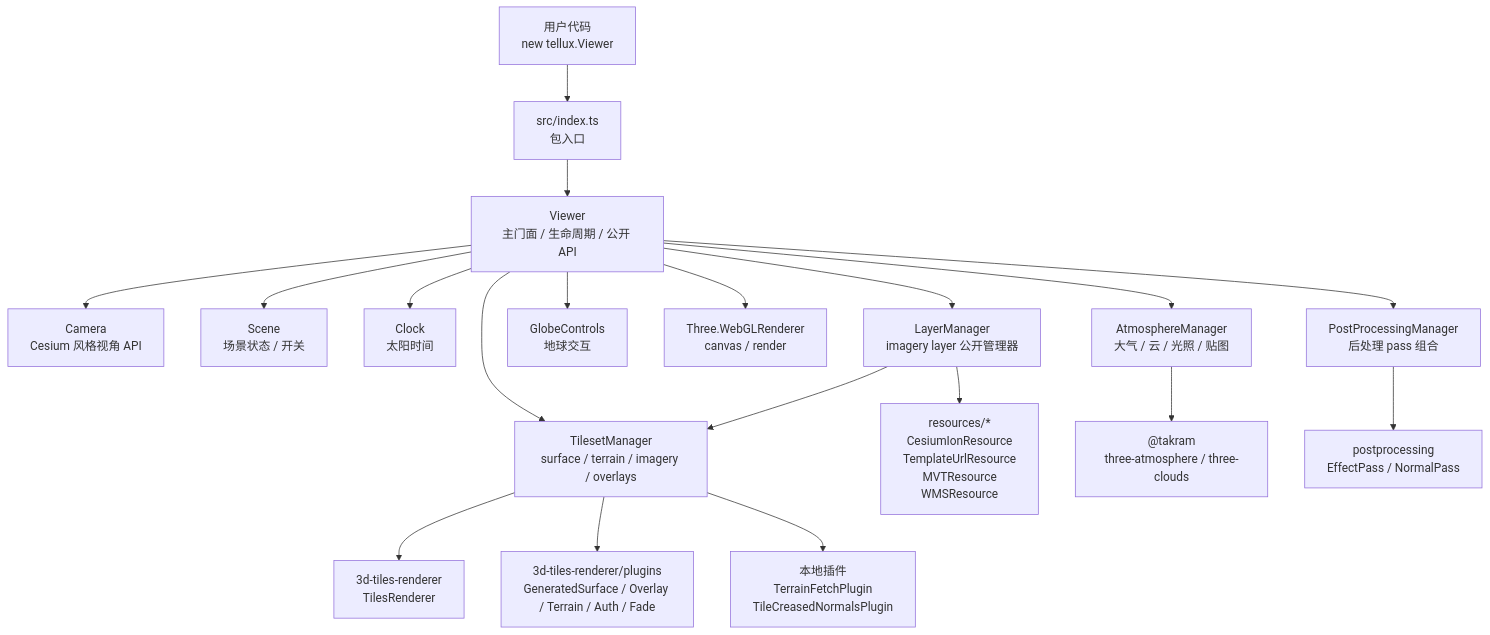
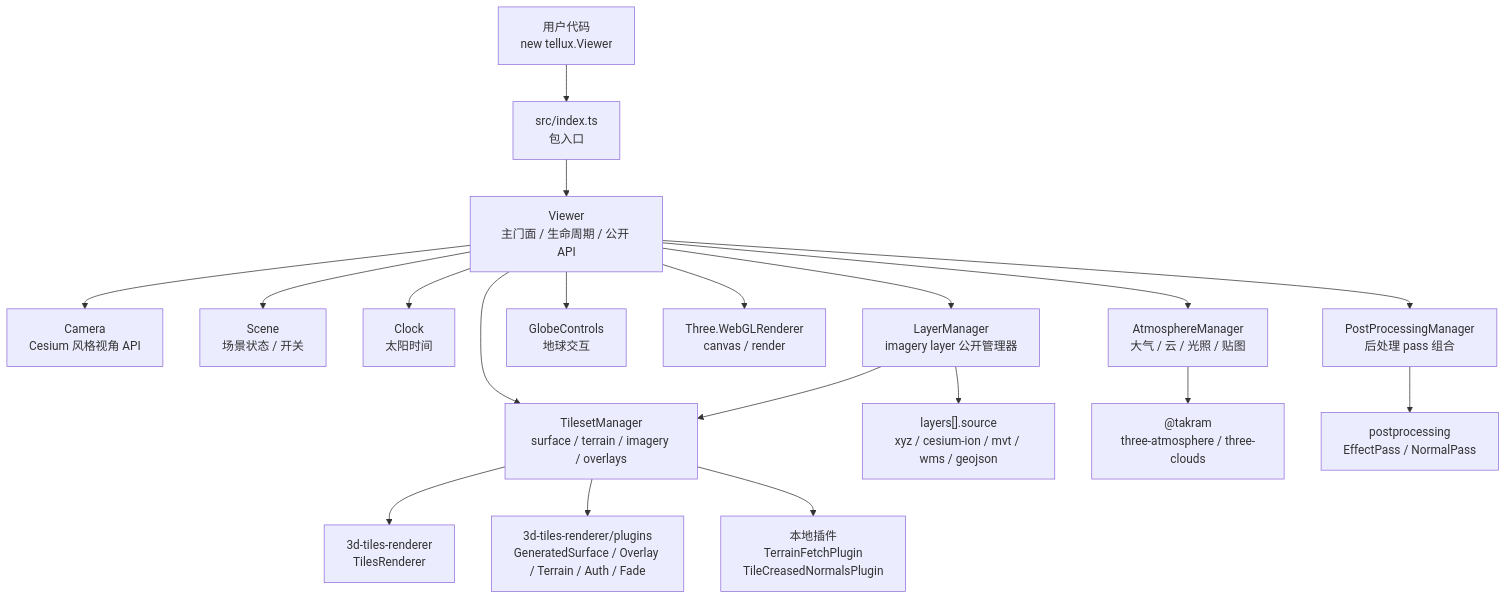
Before and after one commit to cyanfish-x/tellux: the first of 4 diagrams in docs/project-architecture.md, drawn with Mermaid. The commit also changed other lines of this file and 21 other files, not shown here.

Commit message:
初始化时的图层配置方式优化；

````diff
--- a/docs/project-architecture.md
+++ b/docs/project-architecture.md
@@ -9,25 +9,25 @@
 ```mermaid
 flowchart TB
   User["用户代码<br/>new tellux.Viewer"] --> Entry["src/index.ts<br/>包入口"]
   Entry --> Viewer["Viewer<br/>主门面 / 生命周期 / 公开 API"]
 
   Viewer --> Camera["Camera<br/>Cesium 风格视角 API"]
   Viewer --> Scene["Scene<br/>场景状态 / 开关"]
   Viewer --> Clock["Clock<br/>太阳时间"]
   Viewer --> LayerManager["LayerManager<br/>imagery layer 公开管理器"]
   Viewer --> Controls["GlobeControls<br/>地球交互"]
   Viewer --> Renderer["Three.WebGLRenderer<br/>canvas / render"]
 
   Viewer --> TilesetManager["TilesetManager<br/>surface / terrain / imagery / overlays"]
   Viewer --> AtmosphereManager["AtmosphereManager<br/>大气 / 云 / 光照 / 贴图"]
   Viewer --> PostProcessingManager["PostProcessingManager<br/>后处理 pass 组合"]
 
   TilesetManager --> TilesRenderer["3d-tiles-renderer<br/>TilesRenderer"]
   LayerManager --> TilesetManager
   TilesetManager --> RendererPlugins["3d-tiles-renderer/plugins<br/>GeneratedSurface / Overlay / Terrain / Auth / Fade"]
   TilesetManager --> LocalPlugins["本地插件<br/>TerrainFetchPlugin<br/>TileCreasedNormalsPlugin"]
-  LayerManager --> Resources["resources/*<br/>CesiumIonResource<br/>TemplateUrlResource<br/>MVTResource<br/>WMSResource"]
+  LayerManager --> Sources["layers[].source<br/>xyz / cesium-ion / mvt / wms / geojson"]
 
   AtmosphereManager --> Takram["@takram<br/>three-atmosphere / three-clouds"]
   PostProcessingManager --> Postprocessing["postprocessing<br/>EffectPass / NormalPass"]
 ```
````
